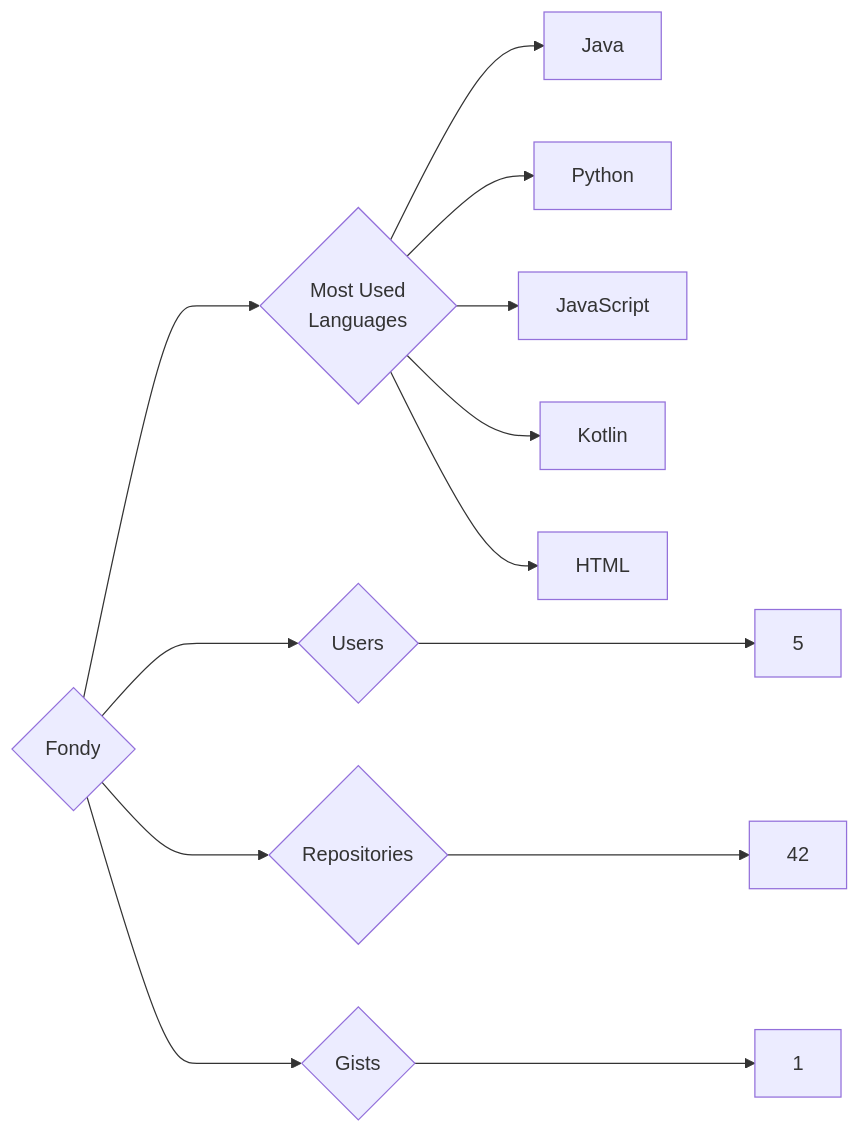
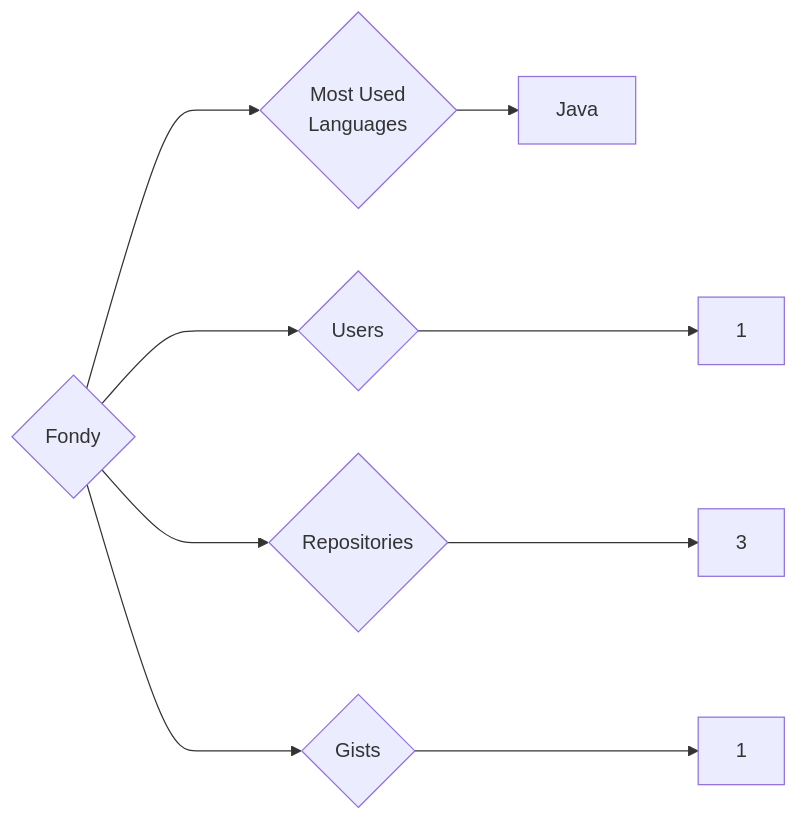
One commit to trickest/insiders changed the diagram in targets/Fondy/README.md. Above: the diagram before and after it, drawn with Mermaid. The commit also changed 736 other files, not shown here.

````diff
--- a/targets/Fondy/README.md
+++ b/targets/Fondy/README.md
@@ -3,13 +3,9 @@
 ```mermaid
 graph LR
 COMPANY_NAME{Fondy}
-COMPANY_NAME ---> U{Users} ---> UN[5]
-COMPANY_NAME ---> R{Repositories} ---> RN[42]
+COMPANY_NAME ---> U{Users} ---> UN[1]
+COMPANY_NAME ---> R{Repositories} ---> RN[3]
 COMPANY_NAME ---> G{Gists} ---> GN[1]
 COMPANY_NAME ---> ML{Most Used<br>Languages}
 ML --> Java[Java]
-ML --> Python[Python]
-ML --> JavaScript[JavaScript]
-ML --> Kotlin[Kotlin]
-ML --> HTML[HTML]
 ```
````
